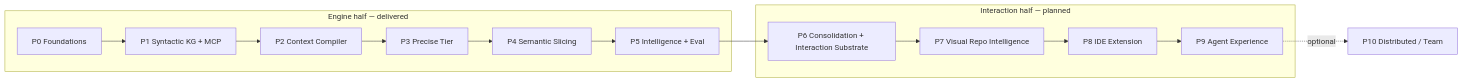
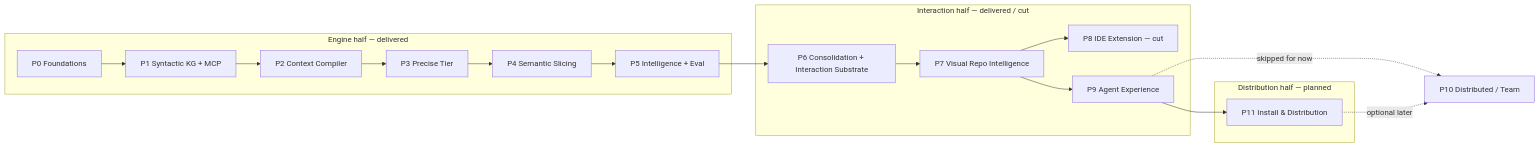
One commit to Md-Jazbee/prism changed the second of 15 diagrams in docs/planning/PLANNING-AND-IMPLEMENTATION.md. Above: the diagram before and after it, drawn with Mermaid. The commit also changed other lines of this file and 14 other files, not shown here.

First line of the commit message:
Start Phase 11 install and distribution for any system.

````diff
--- a/docs/planning/PLANNING-AND-IMPLEMENTATION.md
+++ b/docs/planning/PLANNING-AND-IMPLEMENTATION.md
@@ -122,18 +125,24 @@
 ```mermaid
 flowchart LR
     subgraph Engine["Engine half — delivered"]
       P0[P0 Foundations] --> P1[P1 Syntactic KG + MCP]
       P1 --> P2[P2 Context Compiler]
       P2 --> P3[P3 Precise Tier]
       P3 --> P4[P4 Semantic Slicing]
       P4 --> P5[P5 Intelligence + Eval]
     end
-    subgraph Interaction["Interaction half — planned"]
+    subgraph Interaction["Interaction half — delivered / cut"]
       P6[P6 Consolidation + Interaction Substrate]
       P7[P7 Visual Repo Intelligence]
-      P8[P8 IDE Extension]
+      P8[P8 IDE Extension — cut]
       P9[P9 Agent Experience]
     end
-    P5 --> P6 --> P7 --> P8 --> P9
-    P9 -.optional.-> P10[P10 Distributed / Team]
+    subgraph Distribution["Distribution half — planned"]
+      P11[P11 Install & Distribution]
+    end
+    P5 --> P6 --> P7 --> P8
+    P7 --> P9
+    P9 --> P11
+    P9 -.skipped for now.-> P10[P10 Distributed / Team]
+    P11 -.optional later.-> P10
 ```
````
